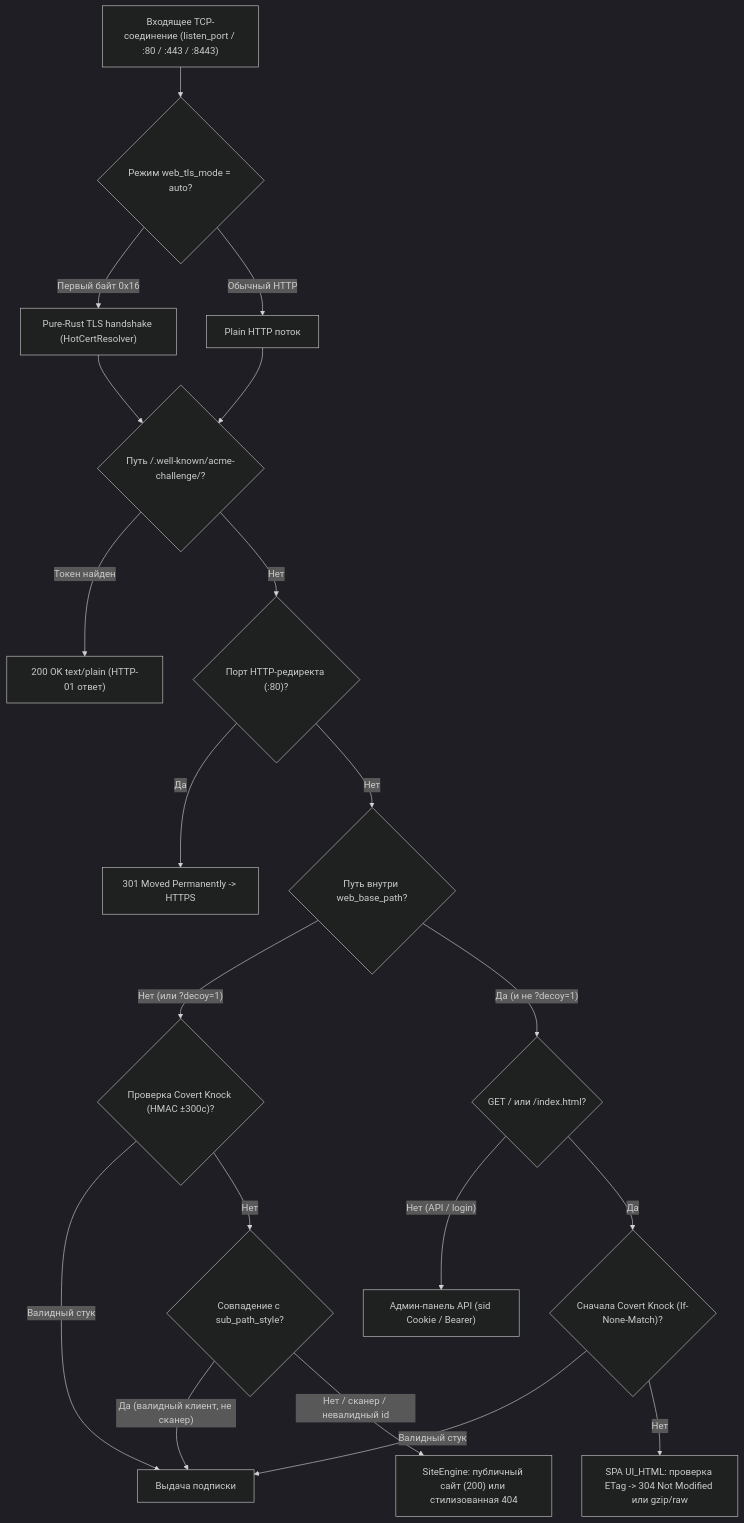
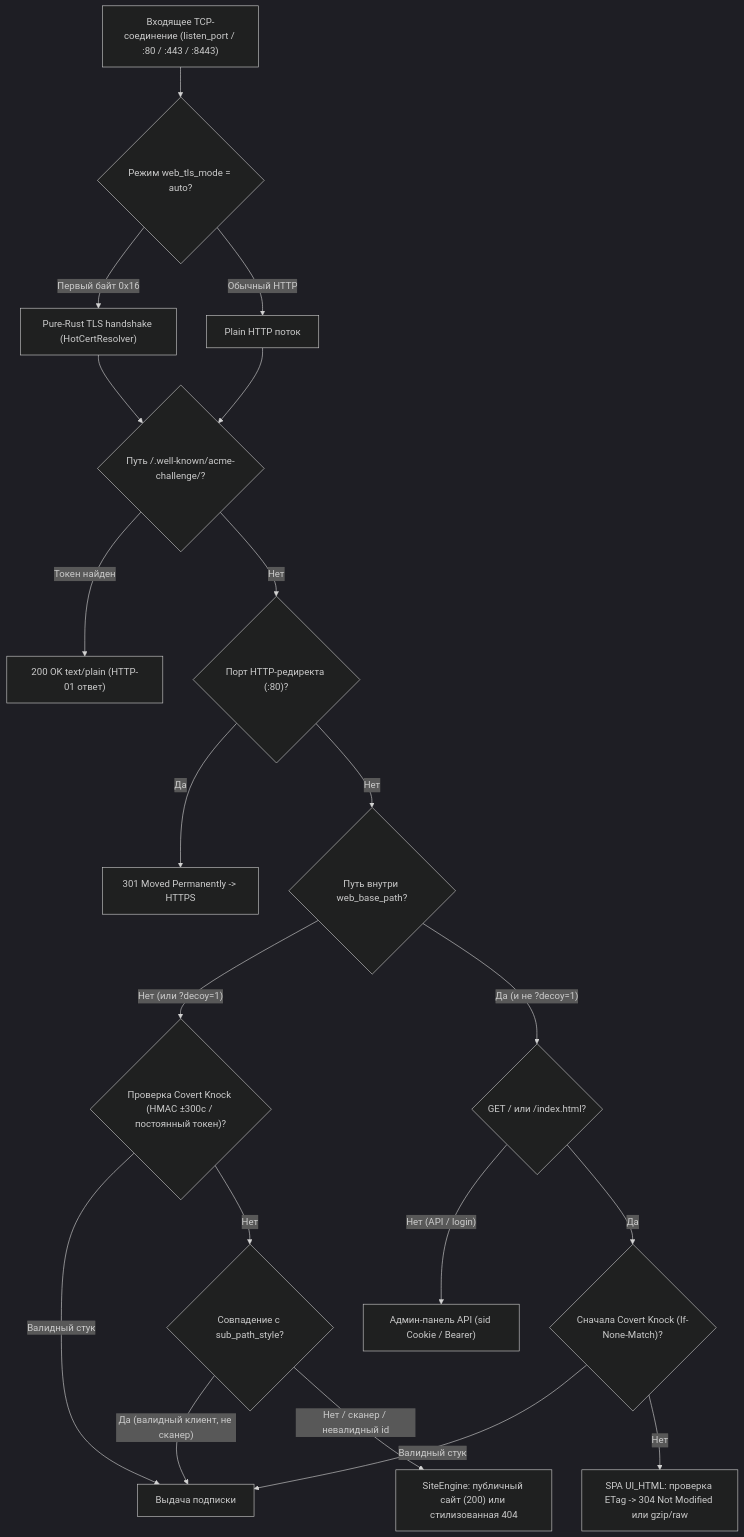
Before and after one commit to Dushnilin/tachyon-ui-docs: the first of 2 diagrams in docs/ru/02-stealth-web-domain-tls.md, drawn with Mermaid (dark theme). The commit also changed other lines of this file and 261 other files, not shown here.

````diff
--- a/docs/ru/02-stealth-web-domain-tls.md
+++ b/docs/ru/02-stealth-web-domain-tls.md
@@ -11,22 +13,22 @@
 ```mermaid
 flowchart TD
     IN["Входящее TCP-соединение (listen_port / :80 / :443 / :8443)"] --> PEEK{"Режим web_tls_mode = auto?"}
     PEEK -->|"Первый байт 0x16"| TLS["Pure-Rust TLS handshake (HotCertResolver)"]
     PEEK -->|"Обычный HTTP"| PLAIN["Plain HTTP поток"]
     TLS --> ACME{"Путь /.well-known/acme-challenge/?"}
     PLAIN --> ACME
     ACME -->|"Токен найден"| ACME_OK["200 OK text/plain (HTTP-01 ответ)"]
     ACME -->|"Нет"| REDIR{"Порт HTTP-редиректа (:80)?"}
     REDIR -->|"Да"| R301["301 Moved Permanently -> HTTPS"]
     REDIR -->|"Нет"| SCOPE{"Путь внутри web_base_path?"}
-    SCOPE -->|"Нет (или ?decoy=1)"| KNOCK{"Проверка Covert Knock (HMAC ±300с)?"}
+    SCOPE -->|"Нет (или ?decoy=1)"| KNOCK{"Проверка Covert Knock (HMAC ±300с / постоянный токен)?"}
     SCOPE -->|"Да (и не ?decoy=1)"| ROOT_CHK{"GET / или /index.html?"}
     ROOT_CHK -->|"Нет (API / login)"| PANEL["Админ-панель API (sid Cookie / Bearer)"]
     ROOT_CHK -->|"Да"| KNOCK_SPA{"Сначала Covert Knock (If-None-Match)?"}
     KNOCK_SPA -->|"Валидный стук"| SUB_OUT["Выдача подписки"]
     KNOCK_SPA -->|"Нет"| UI_CACHE["SPA UI_HTML: проверка ETag -> 304 Not Modified или gzip/raw"]
     KNOCK -->|"Валидный стук"| SUB_OUT
     KNOCK -->|"Нет"| SUBPATH{"Совпадение с sub_path_style?"}
     SUBPATH -->|"Да (валидный клиент, не сканер)"| SUB_OUT
     SUBPATH -->|"Нет / сканер / невалидный id"| SITE["SiteEngine: публичный сайт (200) или стилизованная 404"]
 ```
````
